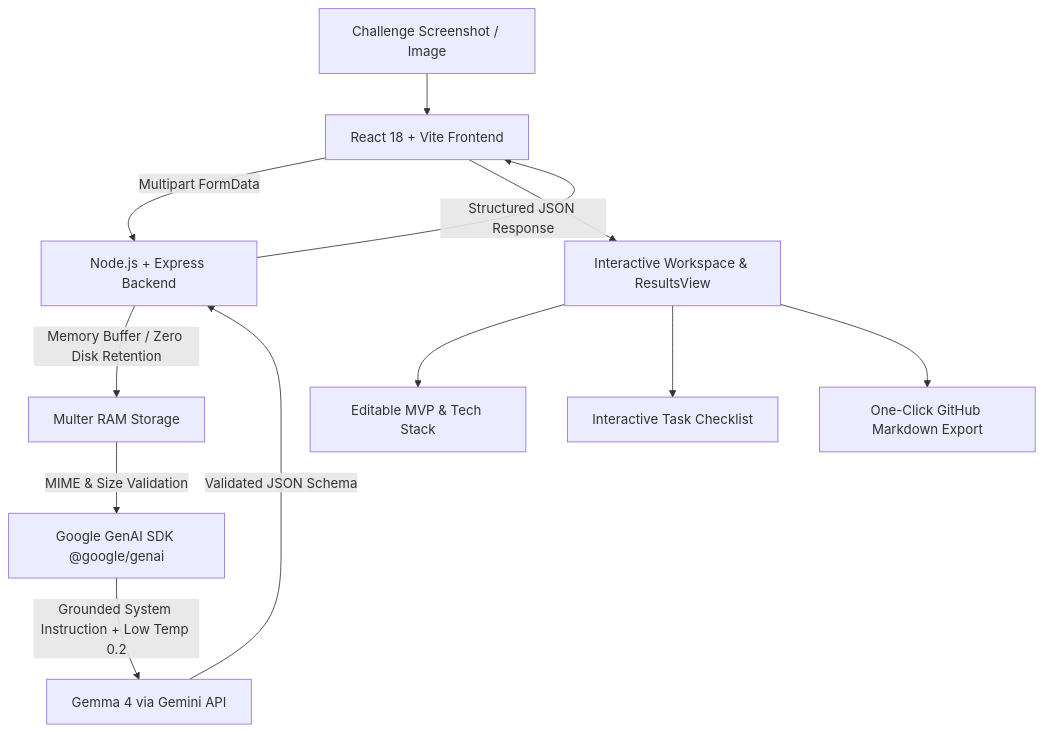
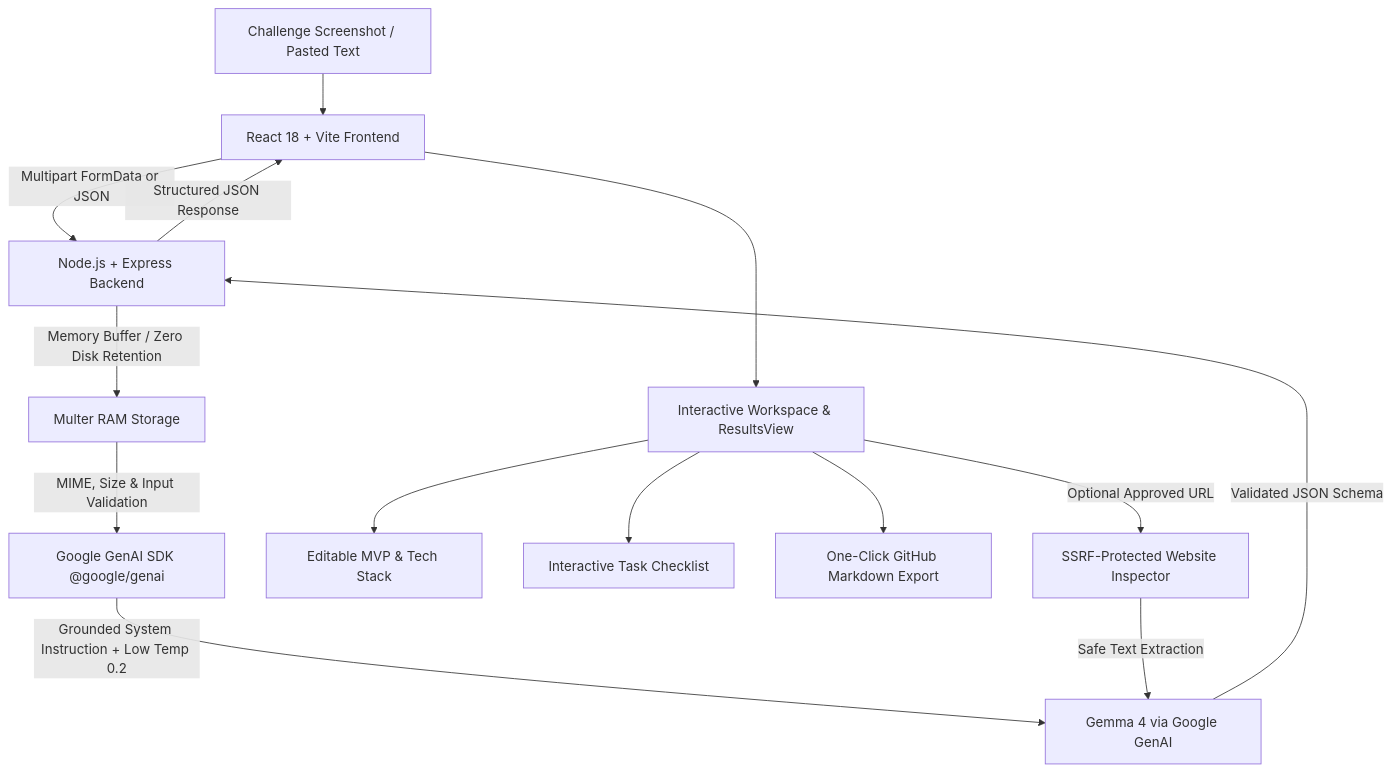
One commit to Bethalamanohar09/Brief2Build changed the diagram in README.md. Above: the diagram before and after it, drawn with Mermaid. The commit also changed other lines of this file and 17 other files, not shown here.

Commit message:
feat: complete Brief2Build AI debugging, Gemma 4 integration, SSRF defense, and branding cleanup

````diff
--- a/README.md
+++ b/README.md
@@ -44,14 +39,16 @@
 ```mermaid
 flowchart TD
-    A[Challenge Screenshot / Image] --> B[React 18 + Vite Frontend]
-    B -->|Multipart FormData| C[Node.js + Express Backend]
+    A[Challenge Screenshot / Pasted Text] --> B[React 18 + Vite Frontend]
+    B -->|Multipart FormData or JSON| C[Node.js + Express Backend]
     C -->|Memory Buffer / Zero Disk Retention| D[Multer RAM Storage]
-    D -->|MIME & Size Validation| E[Google GenAI SDK @google/genai]
-    E -->|Grounded System Instruction + Low Temp 0.2| F[Gemma 4 via Gemini API]
+    D -->|MIME, Size & Input Validation| E[Google GenAI SDK @google/genai]
+    E -->|Grounded System Instruction + Low Temp 0.2| F[Gemma 4 via Google GenAI]
     F -->|Validated JSON Schema| C
     C -->|Structured JSON Response| B
     B --> G[Interactive Workspace & ResultsView]
     G --> H[Editable MVP & Tech Stack]
     G --> I[Interactive Task Checklist]
     G --> J[One-Click GitHub Markdown Export]
+    G -->|Optional Approved URL| K[SSRF-Protected Website Inspector]
+    K -->|Safe Text Extraction| F
 ```
````
